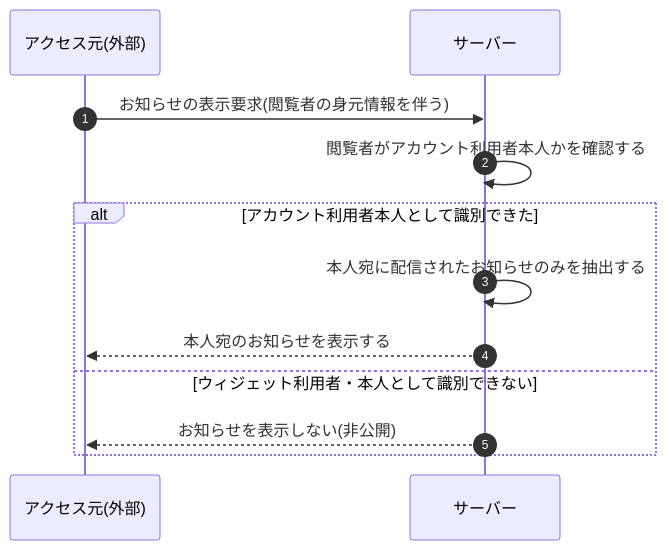
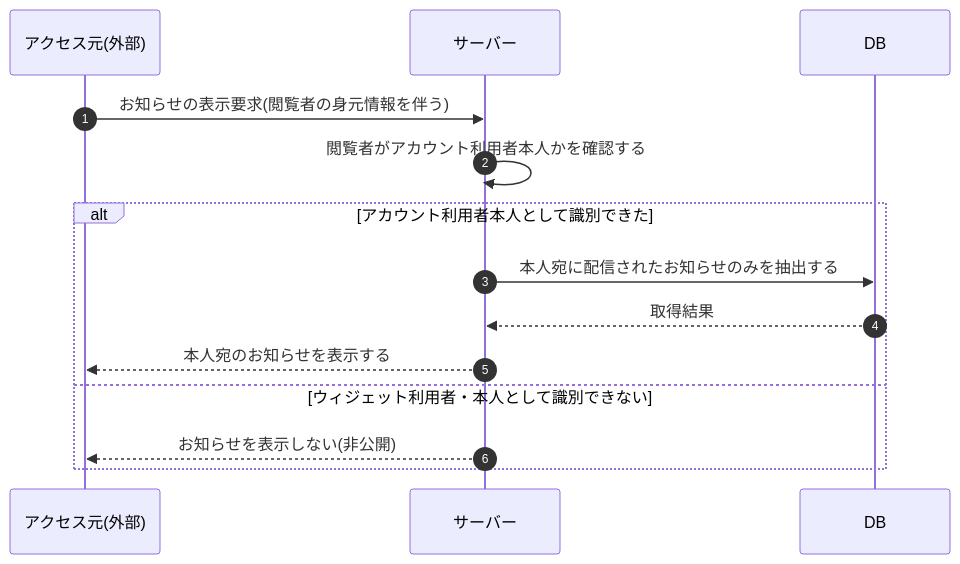
One commit to sikakou54/open-faq changed the diagram in 02_basic_design/03_sequences/SEQ-120.md. Above: the diagram before and after it, drawn with Mermaid. The commit also changed other lines of this file and 122 other files, not shown here.

First line of the commit message:
シーケンス図に DB アクターを追加(DB 操作をサーバー自己メッセージから分離)

````diff
--- a/02_basic_design/03_sequences/SEQ-120.md
+++ b/02_basic_design/03_sequences/SEQ-120.md
@@ -26,14 +26,16 @@
 ```mermaid
 sequenceDiagram
   autonumber
   participant REQ as アクセス元(外部)
   participant Server as サーバー
+  participant DB as DB
   REQ->>Server: お知らせの表示要求(閲覧者の身元情報を伴う)
   Server->>Server: 閲覧者がアカウント利用者本人かを確認する
   alt アカウント利用者本人として識別できた
-    Server->>Server: 本人宛に配信されたお知らせのみを抽出する
+    Server->>DB: 本人宛に配信されたお知らせのみを抽出する
+    DB-->>Server: 取得結果
     Server-->>REQ: 本人宛のお知らせを表示する
   else ウィジェット利用者・本人として識別できない
     Server-->>REQ: お知らせを表示しない(非公開)
   end
 ```
````
